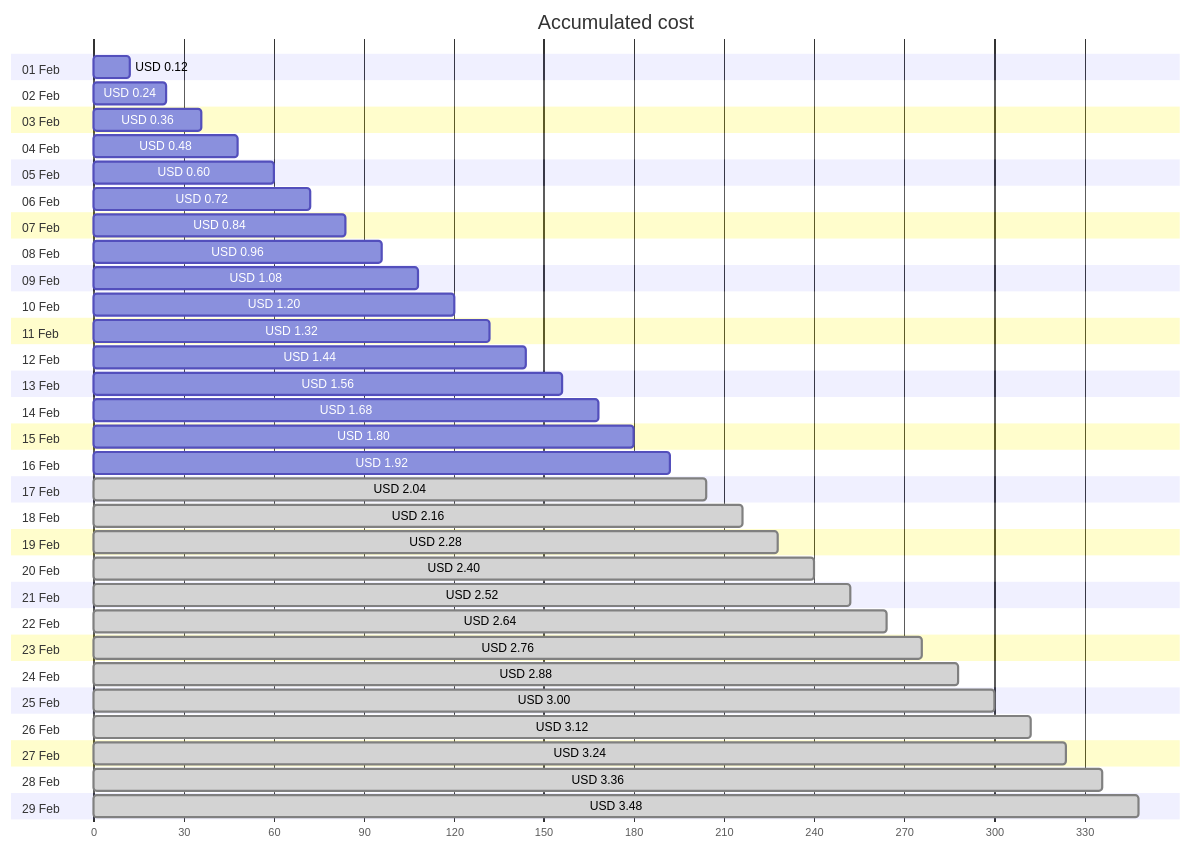
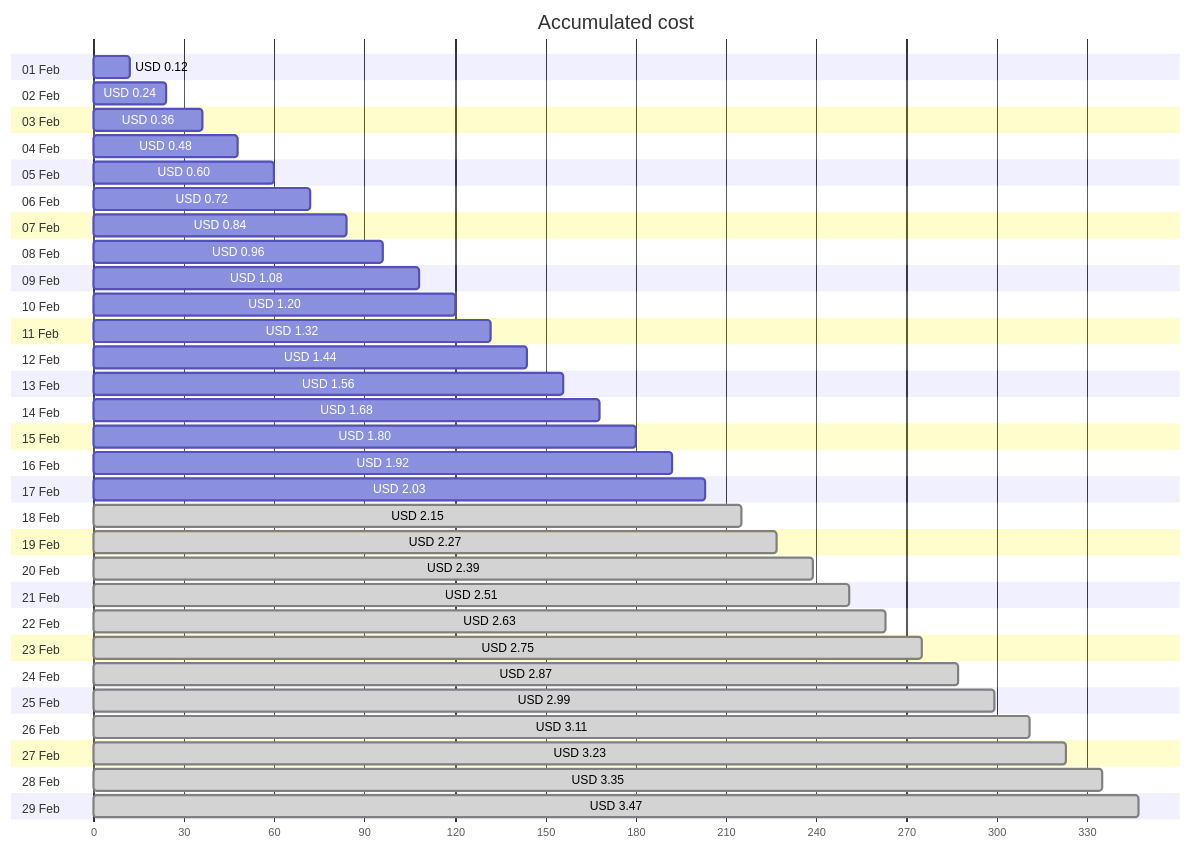
One commit to jpfulton/azure-personal-reports changed the first of 4 diagrams in cost-reports/personal-network/backup-server-public-ip.md. Above: the diagram before and after it, drawn with Mermaid. The commit also changed other lines of this file and 8 other files, not shown here.

````diff
--- a/cost-reports/personal-network/backup-server-public-ip.md
+++ b/cost-reports/personal-network/backup-server-public-ip.md
@@ -20,64 +20,64 @@
 ```mermaid
 gantt
    title Accumulated cost
    dateFormat  X
    axisFormat %s
    section 01 Feb
    USD 0.12 :0, 12
    section 02 Feb
    USD 0.24 :0, 24
    section 03 Feb
    USD 0.36 :0, 36
    section 04 Feb
    USD 0.48 :0, 48
    section 05 Feb
    USD 0.60 :0, 60
    section 06 Feb
    USD 0.72 :0, 72
    section 07 Feb
    USD 0.84 :0, 84
    section 08 Feb
    USD 0.96 :0, 96
    section 09 Feb
    USD 1.08 :0, 108
    section 10 Feb
    USD 1.20 :0, 120
    section 11 Feb
    USD 1.32 :0, 132
    section 12 Feb
    USD 1.44 :0, 144
    section 13 Feb
    USD 1.56 :0, 156
    section 14 Feb
    USD 1.68 :0, 168
    section 15 Feb
    USD 1.80 :0, 180
    section 16 Feb
    USD 1.92 :0, 192
    section 17 Feb
-   USD 2.04 : done, 0, 204
+   USD 2.03 :0, 203
    section 18 Feb
-   USD 2.16 : done, 0, 216
+   USD 2.15 : done, 0, 215
    section 19 Feb
-   USD 2.28 : done, 0, 228
+   USD 2.27 : done, 0, 227
    section 20 Feb
-   USD 2.40 : done, 0, 240
+   USD 2.39 : done, 0, 239
    section 21 Feb
-   USD 2.52 : done, 0, 252
+   USD 2.51 : done, 0, 251
    section 22 Feb
-   USD 2.64 : done, 0, 264
+   USD 2.63 : done, 0, 263
    section 23 Feb
-   USD 2.76 : done, 0, 276
+   USD 2.75 : done, 0, 275
    section 24 Feb
-   USD 2.88 : done, 0, 288
+   USD 2.87 : done, 0, 287
    section 25 Feb
-   USD 3.00 : done, 0, 300
+   USD 2.99 : done, 0, 299
    section 26 Feb
-   USD 3.12 : done, 0, 312
+   USD 3.11 : done, 0, 311
    section 27 Feb
-   USD 3.24 : done, 0, 324
+   USD 3.23 : done, 0, 323
    section 28 Feb
-   USD 3.36 : done, 0, 336
+   USD 3.35 : done, 0, 335
    section 29 Feb
-   USD 3.48 : done, 0, 348
+   USD 3.47 : done, 0, 347
 ```
````
